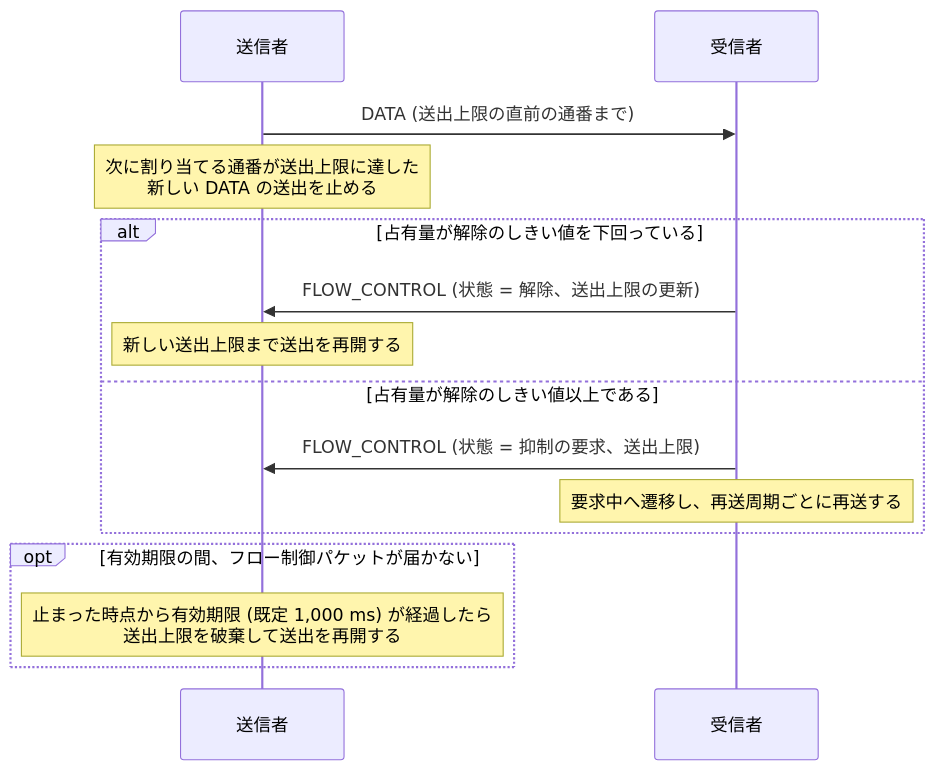
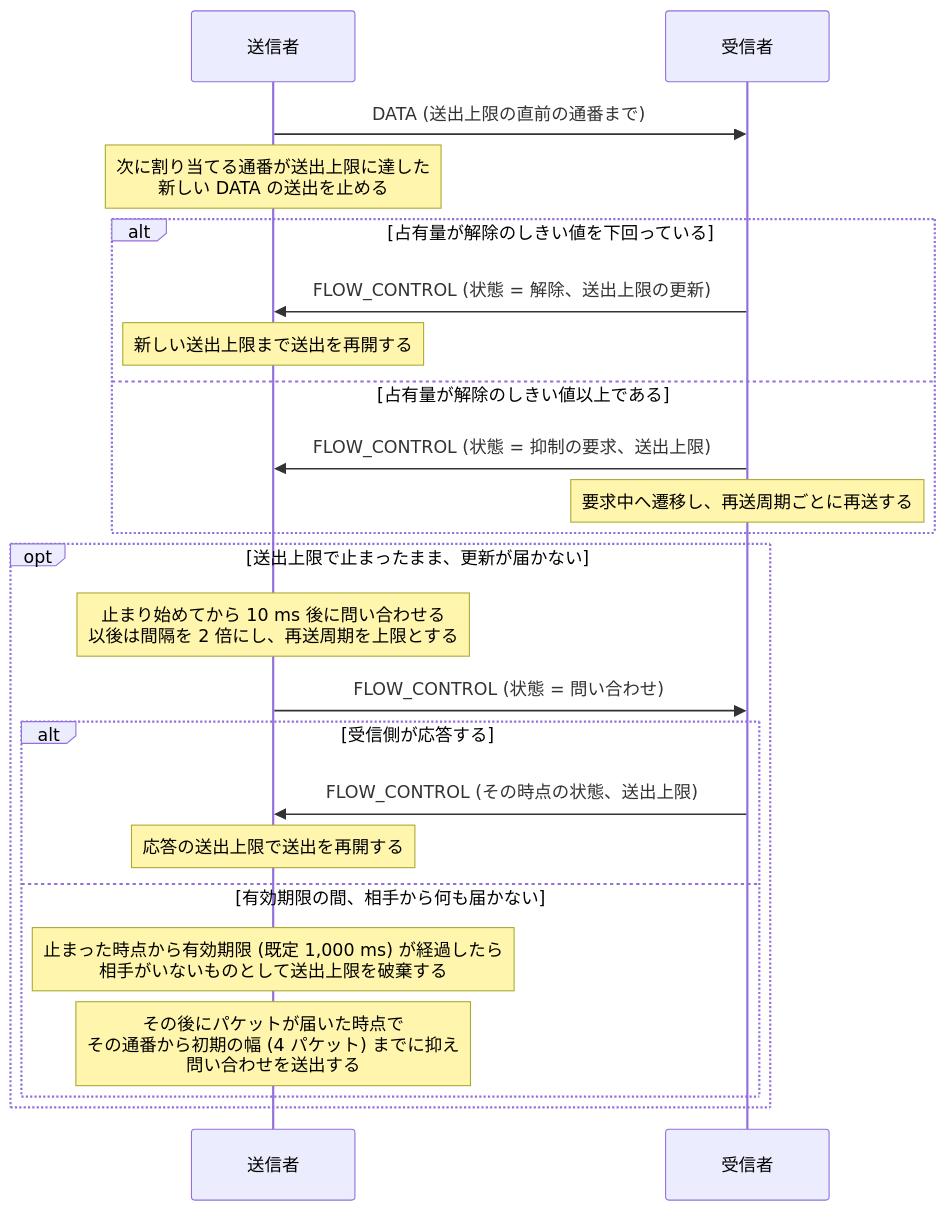
Before and after one commit to Hondarer/app_porter: diagram 11 of 15 in docs/sequence-data.md, drawn with Mermaid. The commit also changed other lines of this file and 1 other file, not shown here.

First line of the commit message:
docs: sequence-data.md と architecture.md のフロー制御の説明を、現在の仕様に合わせる

````diff
--- a/docs/sequence-data.md
+++ b/docs/sequence-data.md
@@ -448,18 +451,26 @@
 ```mermaid
 sequenceDiagram
     participant S as 送信者
     participant R as 受信者
 
     S->>R: DATA (送出上限の直前の通番まで)
     Note over S: 次に割り当てる通番が送出上限に達した<br>新しい DATA の送出を止める
     alt 占有量が解除のしきい値を下回っている
         R->>S: FLOW_CONTROL (状態 = 解除、送出上限の更新)
         Note over S: 新しい送出上限まで送出を再開する
     else 占有量が解除のしきい値以上である
         R->>S: FLOW_CONTROL (状態 = 抑制の要求、送出上限)
         Note over R: 要求中へ遷移し、再送周期ごとに再送する
     end
-    opt 有効期限の間、フロー制御パケットが届かない
-        Note over S: 止まった時点から有効期限 (既定 1,000 ms) が経過したら<br>送出上限を破棄して送出を再開する
+    opt 送出上限で止まったまま、更新が届かない
+        Note over S: 止まり始めてから 10 ms 後に問い合わせる<br>以後は間隔を 2 倍にし、再送周期を上限とする
+        S->>R: FLOW_CONTROL (状態 = 問い合わせ)
+        alt 受信側が応答する
+            R->>S: FLOW_CONTROL (その時点の状態、送出上限)
+            Note over S: 応答の送出上限で送出を再開する
+        else 有効期限の間、相手から何も届かない
+            Note over S: 止まった時点から有効期限 (既定 1,000 ms) が経過したら<br>相手がいないものとして送出上限を破棄する
+            Note over S: その後にパケットが届いた時点で<br>その通番から初期の幅 (4 パケット) までに抑え<br>問い合わせを送出する
+        end
     end
 ```
````
